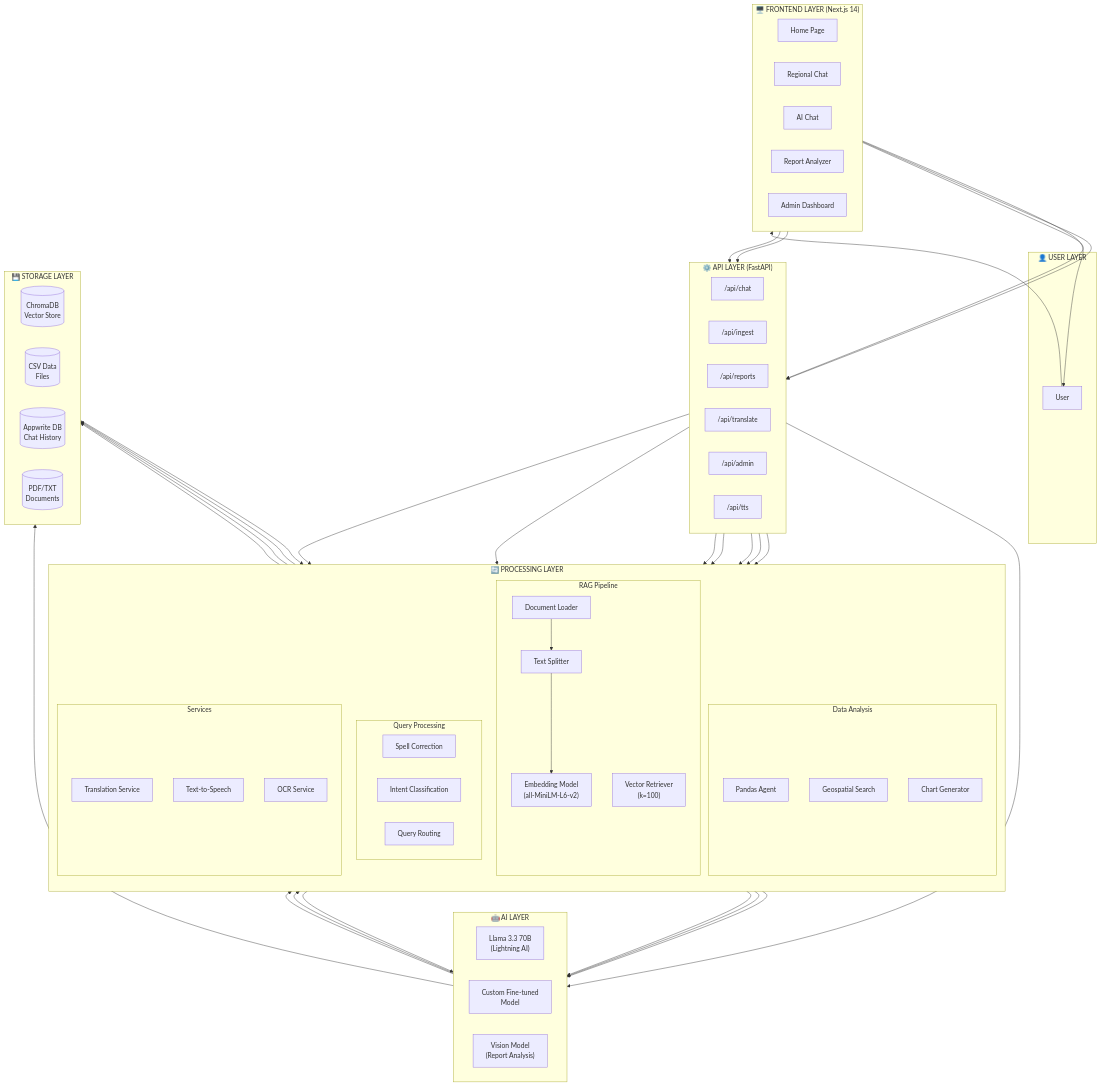
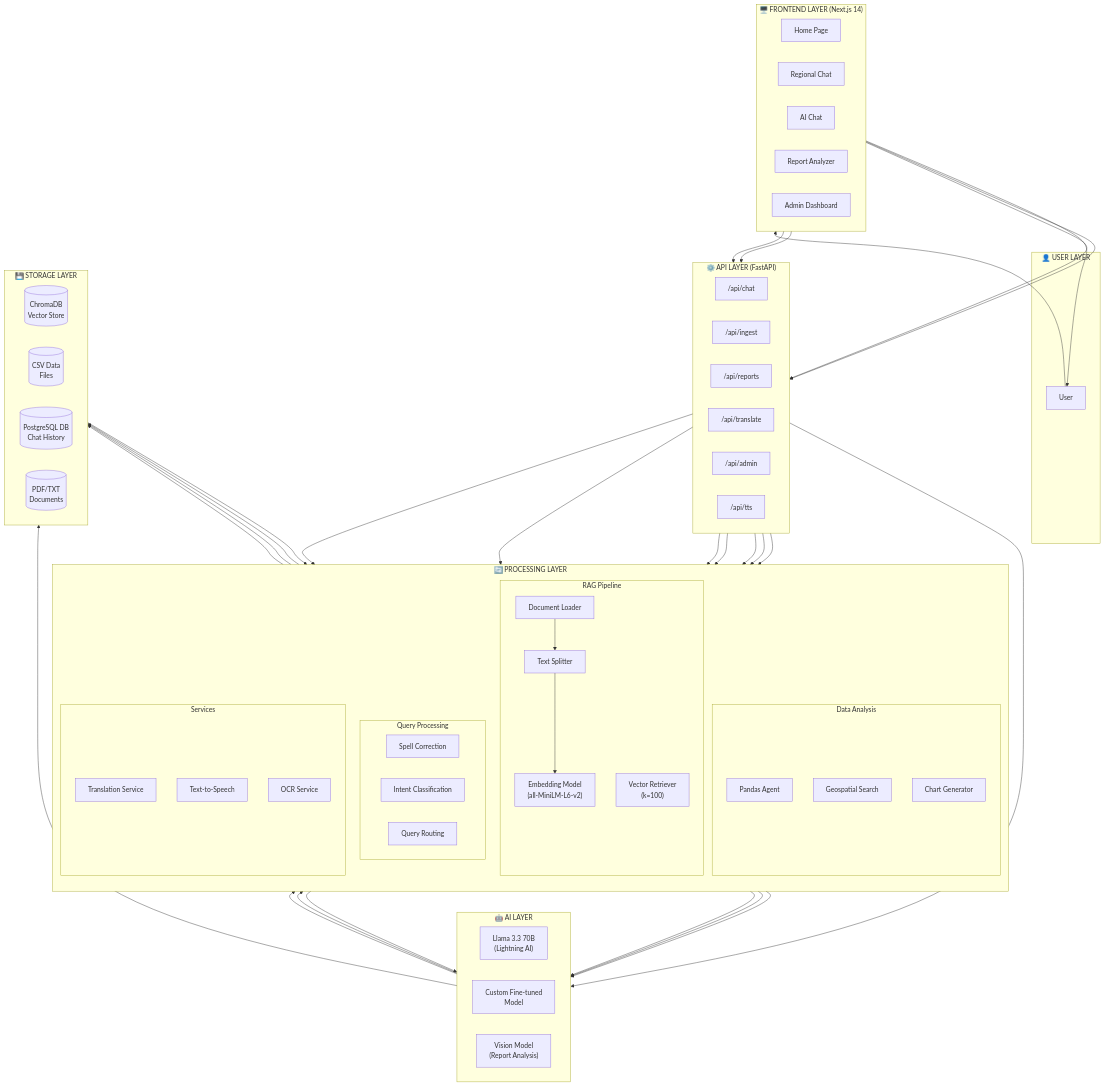
One commit to Kuldeep-Tapodhan/health-chat-bot-application changed the first of 2 diagrams in documentation/rag.md. Above: the diagram before and after it, drawn with Mermaid. The commit also changed other lines of this file and 170 other files, not shown here.

````diff
--- a/documentation/rag.md
+++ b/documentation/rag.md
@@ -78,7 +78,7 @@
         direction LR
         CHROMA[("ChromaDB<br/>Vector Store")]
         CSV[("CSV Data<br/>Files")]
-        APPWRITE[("Appwrite DB<br/>Chat History")]
+        PG[("PostgreSQL DB<br/>Chat History")]
         DOCS[("PDF/TXT<br/>Documents")]
     end
     
@@ -114,7 +114,7 @@
     
     LLAMA --> TRANSLATE
     LLAMA --> TTS
-    LLAMA --> APPWRITE
+    LLAMA --> PG
     
     DOCS --> LOADER
 ```
````
